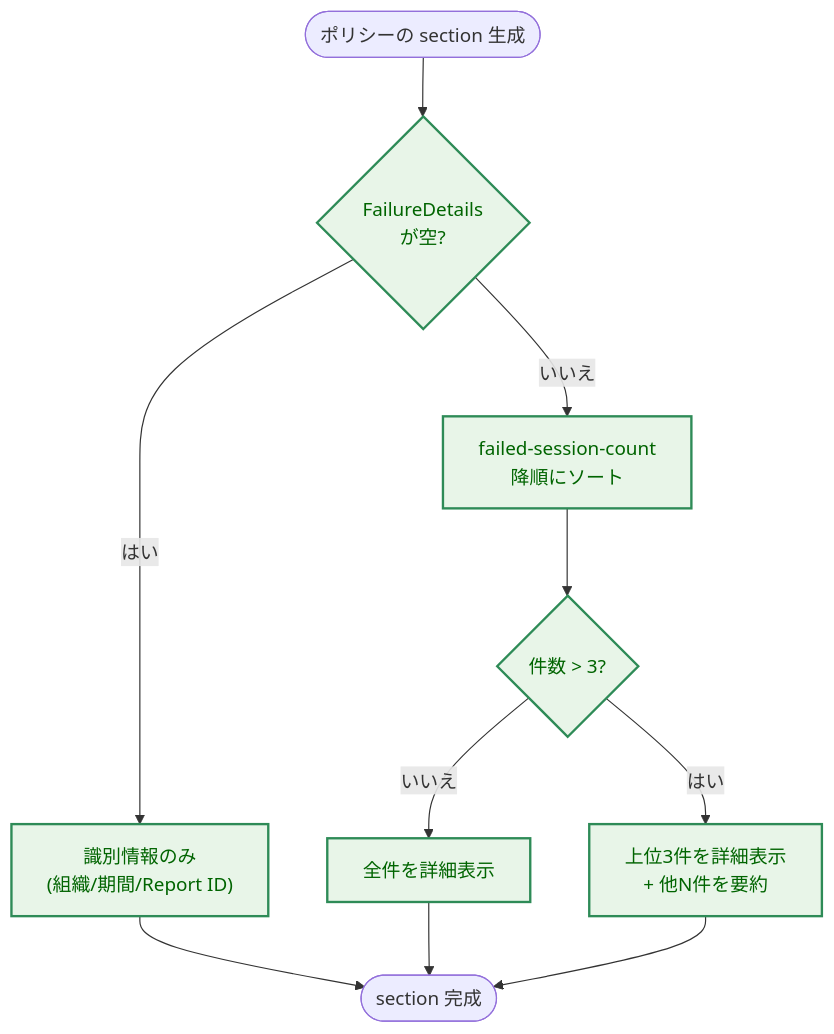
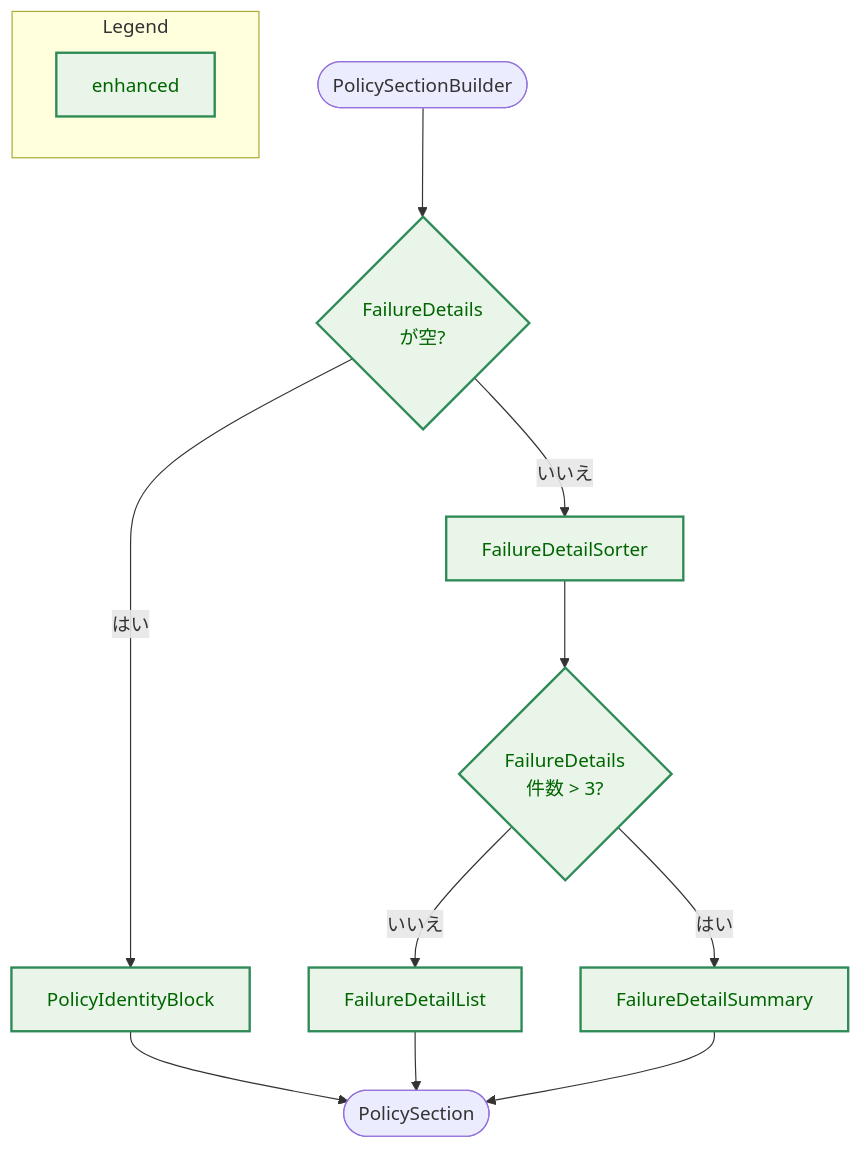
The fifth of 5 diagrams in docs/tasks/0101_slack_alert_format/02_architecture.ja.md (isseis/tlsrpt-digest), drawn with Mermaid before and after one commit. The commit also changed other lines of this file, not shown here.

First line of the commit message:
docs: address Slack alert architecture review findings

````diff
--- a/docs/tasks/0101_slack_alert_format/02_architecture.ja.md
+++ b/docs/tasks/0101_slack_alert_format/02_architecture.ja.md
@@ -309,16 +338,21 @@
 ```mermaid
 flowchart TD
     classDef enhanced fill:#e8f5e8,stroke:#2e8b57,stroke-width:2px,color:#006400;
 
-    Start(["ポリシーの section 生成"]) --> Has{"FailureDetails<br>が空?"}
-    Has -->|"はい"| Ident["識別情報のみ<br>(組織/期間/Report ID)"]
-    Has -->|"いいえ"| Sort["failed-session-count<br>降順にソート"]
-    Sort --> Count{"件数 > 3?"}
-    Count -->|"いいえ"| All["全件を詳細表示"]
-    Count -->|"はい"| Top["上位3件を詳細表示<br>+ 他N件を要約"]
-    Ident --> End(["section 完成"])
+    Start(["PolicySectionBuilder"]) --> Has{"FailureDetails<br>が空?"}
+    Has -->|"はい"| Ident["PolicyIdentityBlock"]
+    Has -->|"いいえ"| Sort["FailureDetailSorter"]
+    Sort --> Count{"FailureDetails<br>件数 > 3?"}
+    Count -->|"いいえ"| All["FailureDetailList"]
+    Count -->|"はい"| Top["FailureDetailSummary"]
+    Ident --> End(["PolicySection"])
     All --> End
     Top --> End
 
+    subgraph Legend["Legend"]
+        L_ENH["enhanced"]
+    end
+
     class Has,Sort,Count,Ident,All,Top enhanced
+    class L_ENH enhanced
 ```
````
